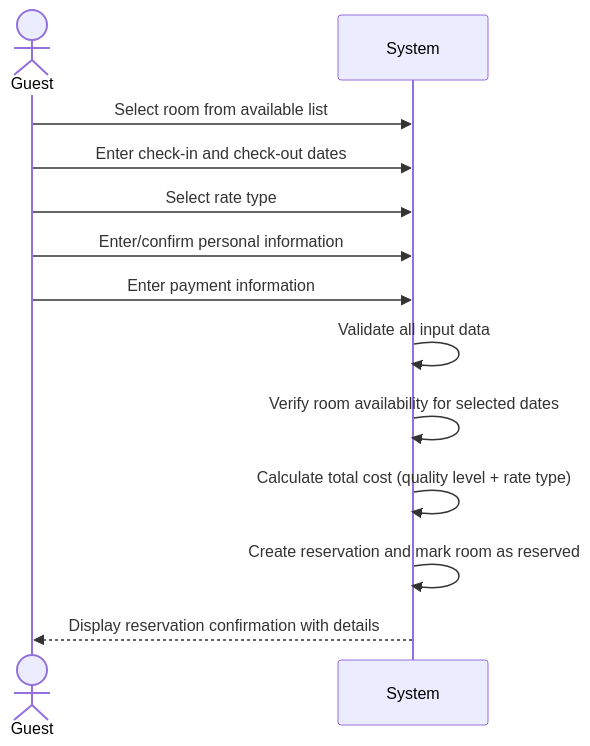
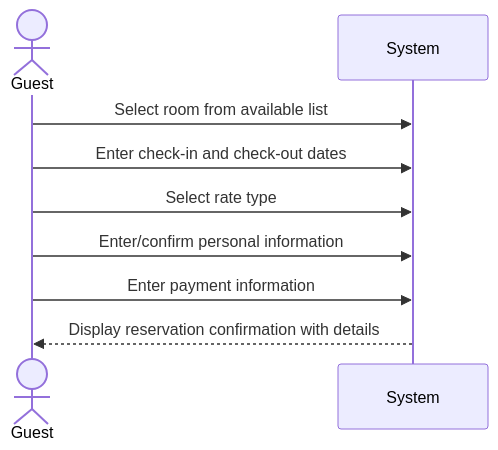
The diagram in Documentation/User-Cases/MakeReservation.md (JaceYar/Software1-Proj), drawn with Mermaid before and after one commit. The commit also changed 17 other files, not shown here.

````diff
--- a/Documentation/User-Cases/MakeReservation.md
+++ b/Documentation/User-Cases/MakeReservation.md
@@ -11,16 +11,12 @@
 ```mermaid
 sequenceDiagram
     actor Guest
     participant System
 
     Guest->>System: Select room from available list
     Guest->>System: Enter check-in and check-out dates
     Guest->>System: Select rate type
     Guest->>System: Enter/confirm personal information
     Guest->>System: Enter payment information
-    System->>System: Validate all input data
-    System->>System: Verify room availability for selected dates
-    System->>System: Calculate total cost (quality level + rate type)
-    System->>System: Create reservation and mark room as reserved
     System-->>Guest: Display reservation confirmation with details
 ```
````
